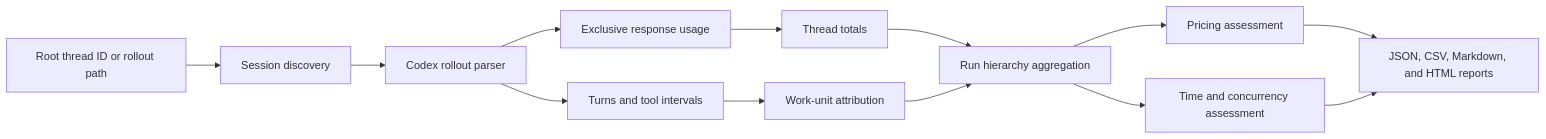
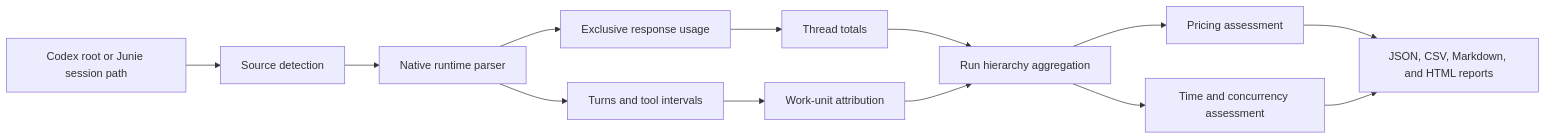
Before and after one commit to martinbechard/agent-runner: the diagram in docs/design/components/CD-001-codex-rollout-metrics.md, drawn with Mermaid. The commit also changed other lines of this file and 3 other files, not shown here.

Commit message:
feat(report): add native Junie session metrics

````diff
--- a/docs/design/components/CD-001-codex-rollout-metrics.md
+++ b/docs/design/components/CD-001-codex-rollout-metrics.md
@@ -173,15 +177,15 @@
 ```mermaid
 flowchart LR
-  A[Root thread ID or rollout path] --> B[Session discovery]
-  B --> C[Codex rollout parser]
+  A[Codex root or Junie session path] --> B[Source detection]
+  B --> C[Native runtime parser]
   C --> D[Exclusive response usage]
   C --> E[Turns and tool intervals]
   D --> F[Thread totals]
   E --> G[Work-unit attribution]
   F --> H[Run hierarchy aggregation]
   G --> H
   H --> I[Pricing assessment]
   H --> J[Time and concurrency assessment]
   I --> K[JSON, CSV, Markdown, and HTML reports]
   J --> K
 ```
````
